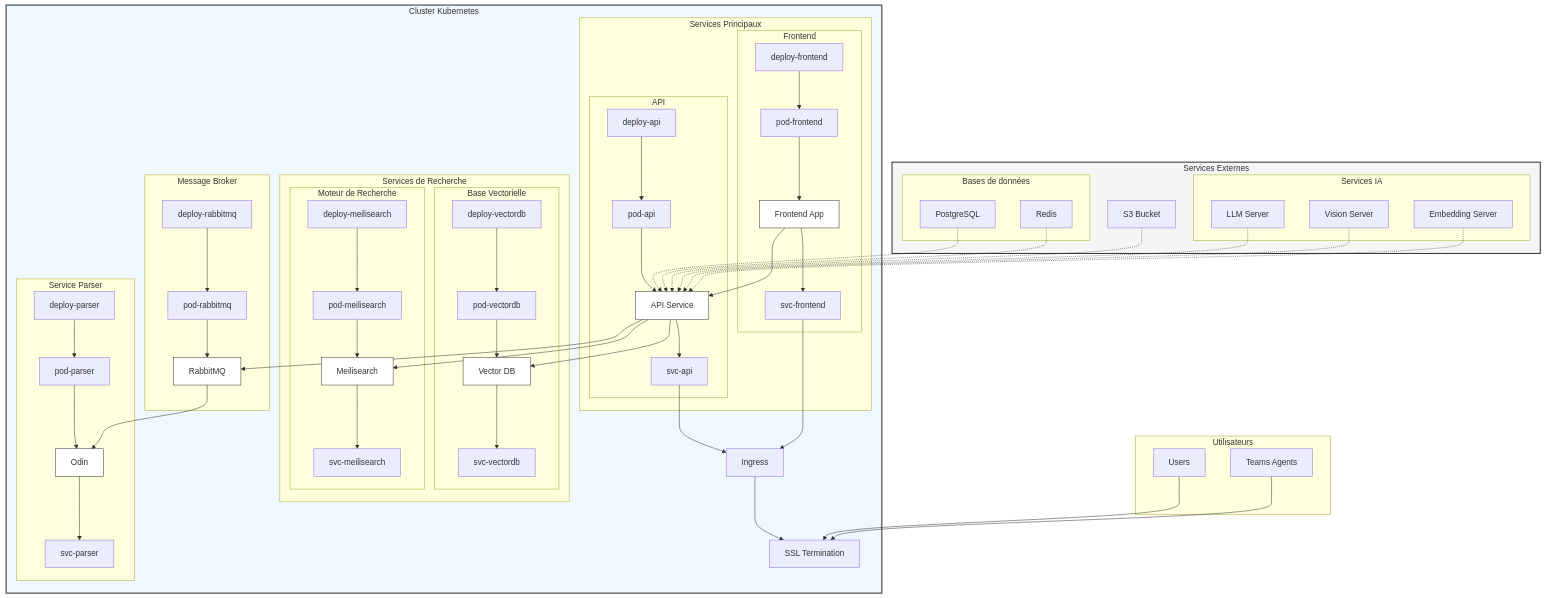
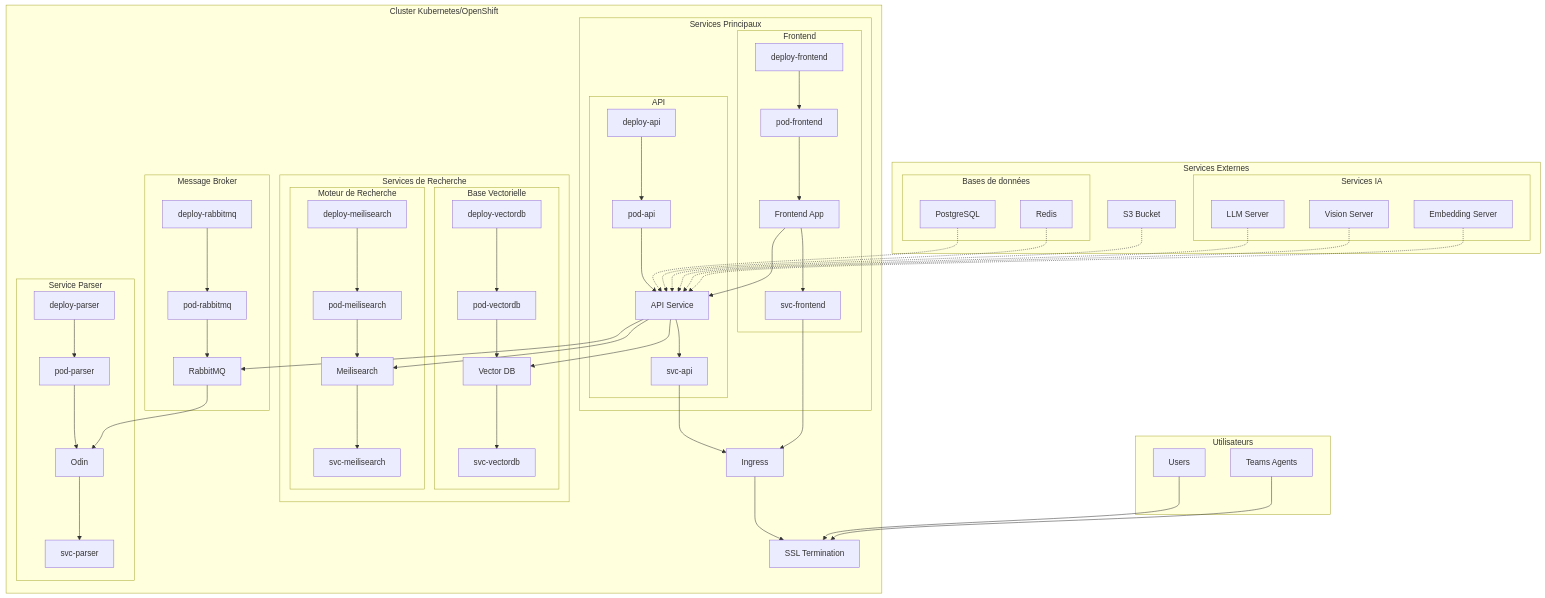
Before and after one commit to Scriptor-Group/documentation: the first of 2 diagrams in on-prem/README.md, drawn with Mermaid. The commit also changed other lines of this file, not shown here.

```diff
--- a/on-prem/README.md
+++ b/on-prem/README.md
@@ -32,7 +32,7 @@
         S3[S3 Bucket]
     end
 
-    subgraph Kubernetes["Cluster Kubernetes"]
+    subgraph Kubernetes["Cluster Kubernetes/OpenShift"]
         subgraph MessageBroker["Message Broker"]
             RMQD[deploy-rabbitmq]
             RMQP[pod-rabbitmq]
@@ -143,10 +143,7 @@
     U --> SSL
     AT --> SSL
 
-    %% Styles
-    classDef external fill:#f5f5f5,stroke:#333,stroke-width:2px
-    classDef kubernetes fill:#f0f8ff,stroke:#333,stroke-width:2px
-    classDef service fill:#fff,stroke:#333,stroke-width:1px
+ 
     
     class External external
     class Kubernetes kubernetes
```
